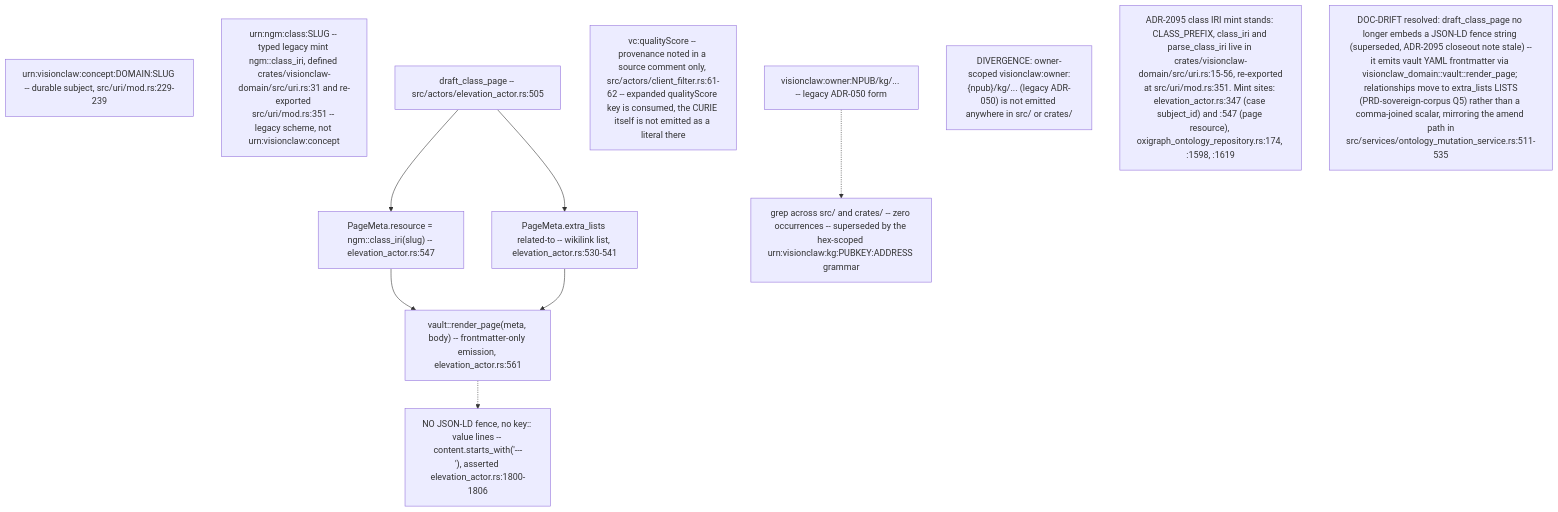
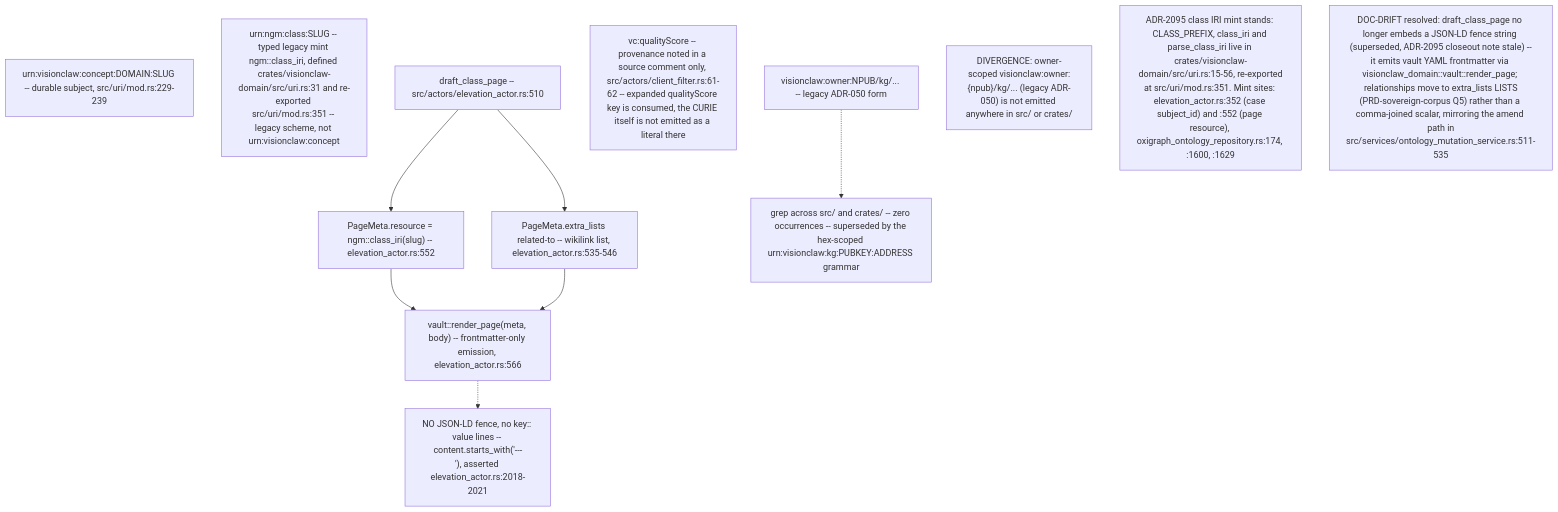
Before and after one commit to DreamLab-AI/VisionFlow: the ninth of 10 diagrams in docs/diagrams/visionclaw/23-identifiers-urn-did-sha12.md, drawn with Mermaid. The commit also changed other lines of this file and 111 other files, not shown here.

Commit message:
docs(diagrams): align estate maps with current source

````diff
--- a/docs/diagrams/visionclaw/23-identifiers-urn-did-sha12.md
+++ b/docs/diagrams/visionclaw/23-identifiers-urn-did-sha12.md
@@ -318,16 +319,16 @@
 ```mermaid
 flowchart TD
     Concept["urn:visionclaw:concept:DOMAIN:SLUG -- durable subject, src/uri/mod.rs:229-239"]
     LegacyClass["urn:ngm:class:SLUG -- typed legacy mint ngm::class_iri, defined crates/visionclaw-domain/src/uri.rs:31 and re-exported src/uri/mod.rs:351 -- legacy scheme, not urn:visionclaw:concept"]
-    Draft["draft_class_page -- src/actors/elevation_actor.rs:505"] --> Meta["PageMeta.resource = ngm::class_iri(slug) -- elevation_actor.rs:547"]
-    Draft --> Lists["PageMeta.extra_lists related-to -- wikilink list, elevation_actor.rs:530-541"]
-    Meta --> Render["vault::render_page(meta, body) -- frontmatter-only emission, elevation_actor.rs:561"]
+    Draft["draft_class_page -- src/actors/elevation_actor.rs:510"] --> Meta["PageMeta.resource = ngm::class_iri(slug) -- elevation_actor.rs:552"]
+    Draft --> Lists["PageMeta.extra_lists related-to -- wikilink list, elevation_actor.rs:535-546"]
+    Meta --> Render["vault::render_page(meta, body) -- frontmatter-only emission, elevation_actor.rs:566"]
     Lists --> Render
-    Render -.-> NoFence["NO JSON-LD fence, no key:: value lines -- content.starts_with('---\n'), asserted elevation_actor.rs:1800-1806"]
+    Render -.-> NoFence["NO JSON-LD fence, no key:: value lines -- content.starts_with('---\n'), asserted elevation_actor.rs:2018-2021"]
     QS["vc:qualityScore -- provenance noted in a source comment only, src/actors/client_filter.rs:61-62 -- expanded qualityScore key is consumed, the CURIE itself is not emitted as a literal there"]
     OwnerScoped["visionclaw:owner:NPUB/kg/... -- legacy ADR-050 form"] -.-> Absent["grep across src/ and crates/ -- zero occurrences -- superseded by the hex-scoped urn:visionclaw:kg:PUBKEY:ADDRESS grammar"]
 
     DivB["DIVERGENCE: owner-scoped visionclaw:owner:{npub}/kg/... (legacy ADR-050) is not emitted anywhere in src/ or crates/"]
-    DriftX["ADR-2095 class IRI mint stands: CLASS_PREFIX, class_iri and parse_class_iri live in crates/visionclaw-domain/src/uri.rs:15-56, re-exported<br/>at src/uri/mod.rs:351. Mint sites: elevation_actor.rs:347 (case subject_id) and :547 (page resource), oxigraph_ontology_repository.rs:174, :1598, :1619"]
+    DriftX["ADR-2095 class IRI mint stands: CLASS_PREFIX, class_iri and parse_class_iri live in crates/visionclaw-domain/src/uri.rs:15-56, re-exported<br/>at src/uri/mod.rs:351. Mint sites: elevation_actor.rs:352 (case subject_id) and :552 (page resource), oxigraph_ontology_repository.rs:174, :1600, :1629"]
     Refactor["DOC-DRIFT resolved: draft_class_page no longer embeds a JSON-LD fence string (superseded, ADR-2095 closeout note stale) --<br/>it emits vault YAML frontmatter via visionclaw_domain::vault::render_page; relationships move to extra_lists LISTS<br/>(PRD-sovereign-corpus Q5) rather than a comma-joined scalar, mirroring the amend path in<br/>src/services/ontology_mutation_service.rs:511-535"]
 ```
````
